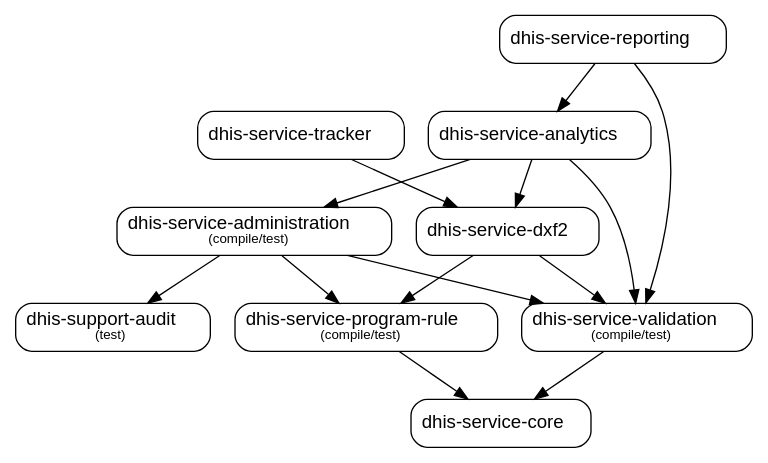
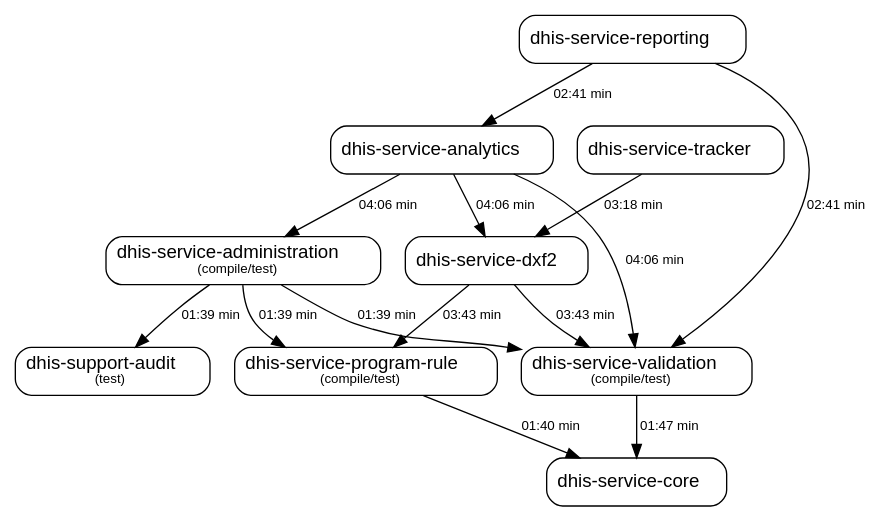
One commit to teleivo/critic changed the diagram in src/main/resources/dependency-graph.dot. Above: the diagram before and after it, drawn with Graphviz. The commit also changed 7 other files, not shown here.

```diff
--- a/src/main/resources/dependency-graph.dot
+++ b/src/main/resources/dependency-graph.dot
@@ -1,30 +1,31 @@
 digraph "dhis" {
   node [shape="box",style="rounded",fontname="Helvetica",fontsize="14"]
   edge [fontsize="10",fontname="Helvetica"]
 
   // Node Definitions:
   "org.hisp.dhis:dhis-service-validation:jar"[label=<dhis-service-validation<font point-size="10"><br/>(compile/test)</font>>]
   "org.hisp.dhis:dhis-service-core:jar"[label=<dhis-service-core>]
   "org.hisp.dhis:dhis-service-program-rule:jar"[label=<dhis-service-program-rule<font point-size="10"><br/>(compile/test)</font>>]
   "org.hisp.dhis:dhis-service-administration:jar"[label=<dhis-service-administration<font point-size="10"><br/>(compile/test)</font>>]
   "org.hisp.dhis:dhis-support-audit:jar"[label=<dhis-support-audit<font point-size="10"><br/>(test)</font>>]
   "org.hisp.dhis:dhis-service-dxf2:jar"[label=<dhis-service-dxf2>]
   "org.hisp.dhis:dhis-service-analytics:jar"[label=<dhis-service-analytics>]
   "org.hisp.dhis:dhis-service-tracker:jar"[label=<dhis-service-tracker>]
   "org.hisp.dhis:dhis-service-reporting:jar"[label=<dhis-service-reporting>]
 
   // Edge Definitions:
-  "org.hisp.dhis:dhis-service-validation:jar" -> "org.hisp.dhis:dhis-service-core:jar"
-  "org.hisp.dhis:dhis-service-program-rule:jar" -> "org.hisp.dhis:dhis-service-core:jar"
-  "org.hisp.dhis:dhis-service-administration:jar" -> "org.hisp.dhis:dhis-service-program-rule:jar"
-  "org.hisp.dhis:dhis-service-administration:jar" -> "org.hisp.dhis:dhis-service-validation:jar"
-  "org.hisp.dhis:dhis-service-administration:jar" -> "org.hisp.dhis:dhis-support-audit:jar"
-  "org.hisp.dhis:dhis-service-dxf2:jar" -> "org.hisp.dhis:dhis-service-program-rule:jar"
-  "org.hisp.dhis:dhis-service-dxf2:jar" -> "org.hisp.dhis:dhis-service-validation:jar"
-  "org.hisp.dhis:dhis-service-analytics:jar" -> "org.hisp.dhis:dhis-service-dxf2:jar"
-  "org.hisp.dhis:dhis-service-analytics:jar" -> "org.hisp.dhis:dhis-service-administration:jar"
-  "org.hisp.dhis:dhis-service-analytics:jar" -> "org.hisp.dhis:dhis-service-validation:jar"
-  "org.hisp.dhis:dhis-service-tracker:jar" -> "org.hisp.dhis:dhis-service-dxf2:jar"
-  "org.hisp.dhis:dhis-service-reporting:jar" -> "org.hisp.dhis:dhis-service-analytics:jar"
-  "org.hisp.dhis:dhis-service-reporting:jar" -> "org.hisp.dhis:dhis-service-validation:jar"
+  // "org.hisp.dhis:dhis-service-core:jar:compile" -> "root" [weight=180, label="03:00 min"]
+  "org.hisp.dhis:dhis-service-validation:jar" -> "org.hisp.dhis:dhis-service-core:jar"[weight=107, label="01:47 min"]
+  "org.hisp.dhis:dhis-service-program-rule:jar" -> "org.hisp.dhis:dhis-service-core:jar"[weight=100, label="01:40 min"]
+  "org.hisp.dhis:dhis-service-administration:jar" -> "org.hisp.dhis:dhis-service-program-rule:jar"[weight=99, label="01:39 min"]
+  "org.hisp.dhis:dhis-service-administration:jar" -> "org.hisp.dhis:dhis-service-validation:jar"[weight=99, label="01:39 min"]
+  "org.hisp.dhis:dhis-service-administration:jar" -> "org.hisp.dhis:dhis-support-audit:jar"[weight=99, label="01:39 min"]
+  "org.hisp.dhis:dhis-service-dxf2:jar" -> "org.hisp.dhis:dhis-service-program-rule:jar"[weight=223, label="03:43 min"]
+  "org.hisp.dhis:dhis-service-dxf2:jar" -> "org.hisp.dhis:dhis-service-validation:jar"[weight=223, label="03:43 min"]
+  "org.hisp.dhis:dhis-service-analytics:jar" -> "org.hisp.dhis:dhis-service-dxf2:jar"[weight=246, label="04:06 min"]
+  "org.hisp.dhis:dhis-service-analytics:jar" -> "org.hisp.dhis:dhis-service-administration:jar"[weight=246, label="04:06 min"]
+  "org.hisp.dhis:dhis-service-analytics:jar" -> "org.hisp.dhis:dhis-service-validation:jar"[weight=246, label="04:06 min"]
+  "org.hisp.dhis:dhis-service-tracker:jar" -> "org.hisp.dhis:dhis-service-dxf2:jar"[weight=198, label="03:18 min"]
+  "org.hisp.dhis:dhis-service-reporting:jar" -> "org.hisp.dhis:dhis-service-analytics:jar"[weight=161, label="02:41 min"]
+  "org.hisp.dhis:dhis-service-reporting:jar" -> "org.hisp.dhis:dhis-service-validation:jar"[weight=161, label="02:41 min"]
 }
```
